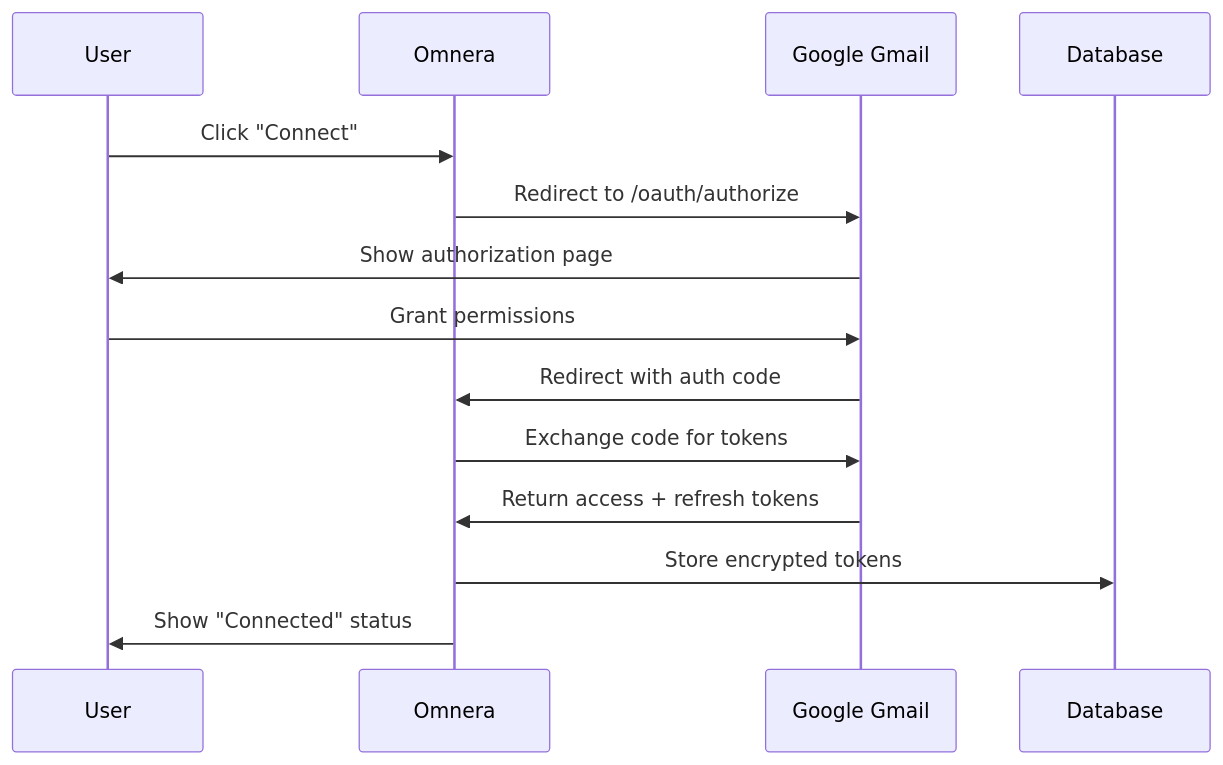
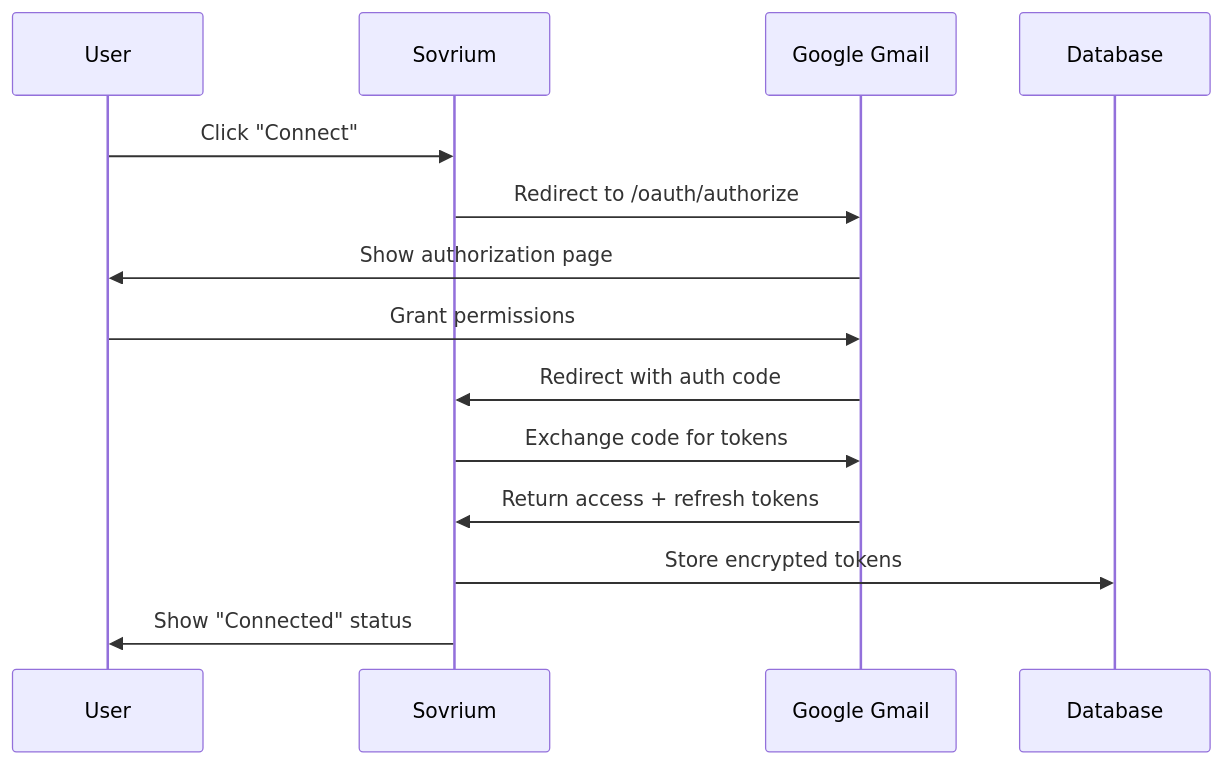
The diagram in specs/app/connections/google-gmail-connection/README.md (omnera-dev/omnera-v2), drawn with Mermaid before and after one commit. The commit also changed other lines of this file and 218 other files, not shown here.

````diff
--- a/specs/app/connections/google-gmail-connection/README.md
+++ b/specs/app/connections/google-gmail-connection/README.md
@@ -70,12 +70,12 @@
 ```mermaid
 sequenceDiagram
-    User->>Omnera: Click "Connect"
-    Omnera->>Google Gmail: Redirect to /oauth/authorize
+    User->>Sovrium: Click "Connect"
+    Sovrium->>Google Gmail: Redirect to /oauth/authorize
     Google Gmail->>User: Show authorization page
     User->>Google Gmail: Grant permissions
-    Google Gmail->>Omnera: Redirect with auth code
-    Omnera->>Google Gmail: Exchange code for tokens
-    Google Gmail->>Omnera: Return access + refresh tokens
-    Omnera->>Database: Store encrypted tokens
-    Omnera->>User: Show "Connected" status
+    Google Gmail->>Sovrium: Redirect with auth code
+    Sovrium->>Google Gmail: Exchange code for tokens
+    Google Gmail->>Sovrium: Return access + refresh tokens
+    Sovrium->>Database: Store encrypted tokens
+    Sovrium->>User: Show "Connected" status
 ```
````
